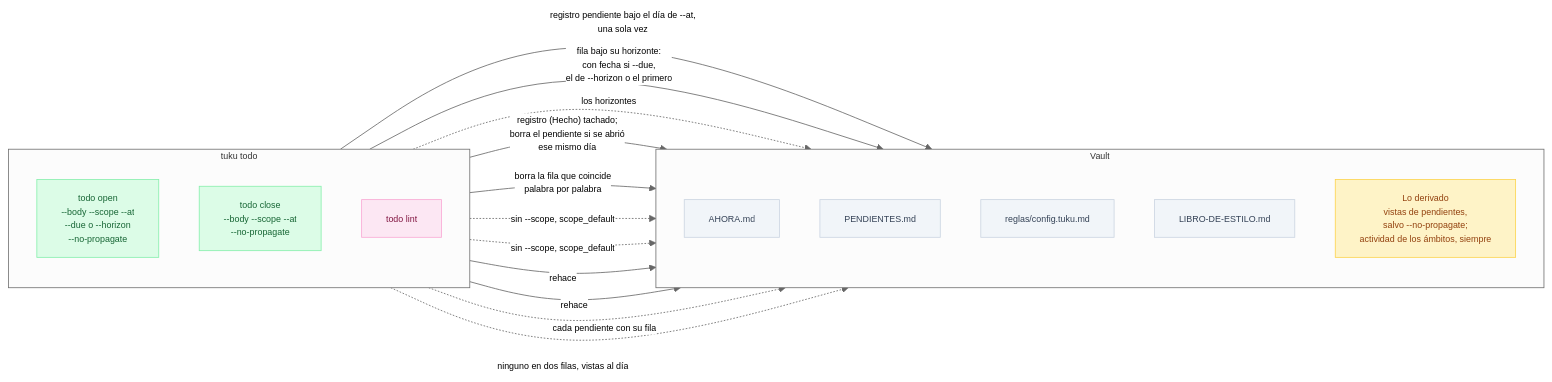
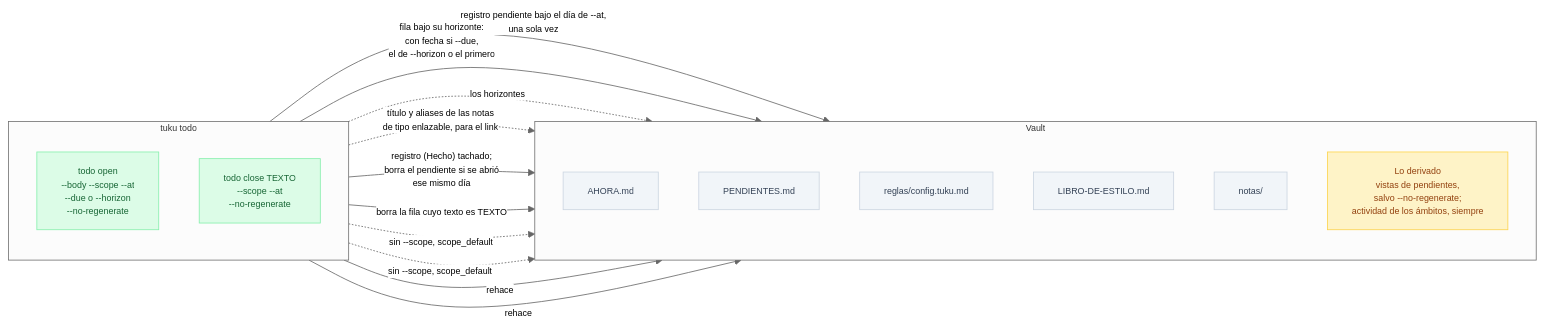
The fourth of 8 diagrams in spec/tuku.md (pewma-ai/tuku), drawn with Mermaid before and after one commit. The commit also changed other lines of this file and 73 other files, not shown here.

````diff
--- a/spec/tuku.md
+++ b/spec/tuku.md
@@ -49,37 +150,34 @@
 ```mermaid
 %%{init: {'flowchart': {'useMaxWidth': true}, 'theme': 'neutral', 'themeVariables': {'fontSize': '11px'}}}%%
 flowchart LR
     subgraph CMD["tuku todo"]
         direction TB
-        TO["todo open<br/>--body --scope --at<br/>--due o --horizon<br/>--no-propagate"]
-        TC["todo close<br/>--body --scope --at<br/>--no-propagate"]
-        TL["todo lint"]
+        TO["todo open<br/>--body --scope --at<br/>--due o --horizon<br/>--no-regenerate"]
+        TC["todo close TEXTO<br/>--scope --at<br/>--no-regenerate"]
     end
     subgraph VAULT["Vault"]
         direction TB
         AH["AHORA.md"]
         PE["PENDIENTES.md"]
         CF["reglas/config.tuku.md"]
         LE["LIBRO-DE-ESTILO.md"]
-        DER["Lo derivado<br/>vistas de pendientes,<br/>salvo --no-propagate;<br/>actividad de los ámbitos, siempre"]
+        NO["notas/"]
+        DER["Lo derivado<br/>vistas de pendientes,<br/>salvo --no-regenerate;<br/>actividad de los ámbitos, siempre"]
     end
 
     TO -->|"registro pendiente bajo el día de --at,<br/>una sola vez"| AH
     TO -->|"fila bajo su horizonte:<br/>con fecha si --due,<br/>el de --horizon o el primero"| PE
     TO -.->|"los horizontes"| LE
+    TO -.->|"título y aliases de las notas<br/>de tipo enlazable, para el link"| NO
     TC -->|"registro (Hecho) tachado;<br/>borra el pendiente si se abrió<br/>ese mismo día"| AH
-    TC -->|"borra la fila que coincide<br/>palabra por palabra"| PE
+    TC -->|"borra la fila cuyo texto es TEXTO"| PE
     TO & TC -.->|"sin --scope, scope_default"| CF
     TO & TC -->|"rehace"| DER
-    TL -.->|"cada pendiente con su fila"| AH
-    TL -.->|"ninguno en dos filas, vistas al día"| PE
 
-    style TO fill:#dcfce7,color:#166534,stroke:#86efac
-    style TC fill:#dcfce7,color:#166534,stroke:#86efac
-    style TL fill:#fce7f3,color:#831843,stroke:#f9a8d4
-    style AH fill:#f1f5f9,color:#334155,stroke:#cbd5e1
-    style PE fill:#f1f5f9,color:#334155,stroke:#cbd5e1
-    style CF fill:#f1f5f9,color:#334155,stroke:#cbd5e1
-    style LE fill:#f1f5f9,color:#334155,stroke:#cbd5e1
-    style DER fill:#fef3c7,color:#92400e,stroke:#fcd34d
+    classDef escribe fill:#dcfce7,color:#166534,stroke:#86efac
+    classDef archivo fill:#f1f5f9,color:#334155,stroke:#cbd5e1
+    classDef derivado fill:#fef3c7,color:#92400e,stroke:#fcd34d
+    class TO,TC escribe
+    class AH,PE,CF,LE,NO archivo
+    class DER derivado
 ```
````
